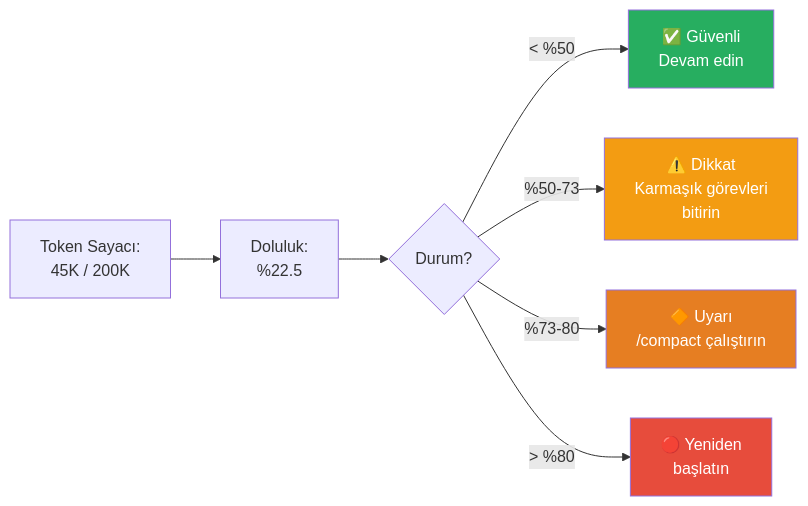
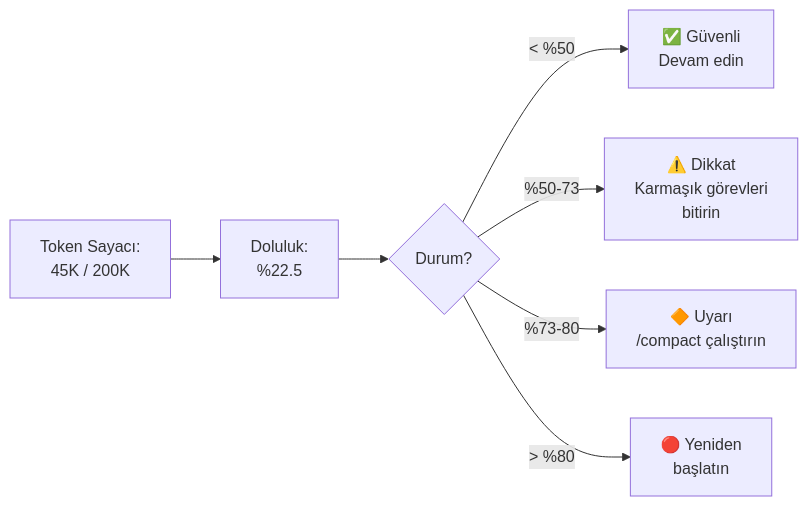
Before and after one commit to IzzetYasinAtes/ClaudeCodeHandbook: the third of 7 diagrams in 09-bellek-ve-baglam/05-context-window-yonetimi.md, drawn with Mermaid. The commit also changed other lines of this file and 97 other files, not shown here.

Commit message:
Remove all custom Mermaid style/fill colors from 98 markdown files for consistent dark theme rendering

````diff
--- a/09-bellek-ve-baglam/05-context-window-yonetimi.md
+++ b/09-bellek-ve-baglam/05-context-window-yonetimi.md
@@ -123,14 +113,10 @@
 ```mermaid
 flowchart LR
     COUNTER["Token Sayacı:<br/>45K / 200K"] --> PERCENT["Doluluk:<br/>%22.5"]
     PERCENT --> STATUS{"Durum?"}
     STATUS -->|"< %50"| GREEN["✅ Güvenli<br/>Devam edin"]
     STATUS -->|"%50-73"| YELLOW["⚠️ Dikkat<br/>Karmaşık görevleri<br/>bitirin"]
     STATUS -->|"%73-80"| ORANGE["🔶 Uyarı<br/>/compact çalıştırın"]
     STATUS -->|"> %80"| RED["🔴 Yeniden<br/>başlatın"]
 
-    style GREEN fill:#27AE60,color:#fff
-    style YELLOW fill:#F39C12,color:#fff
-    style ORANGE fill:#E67E22,color:#fff
-    style RED fill:#E74C3C,color:#fff
 ```
````
